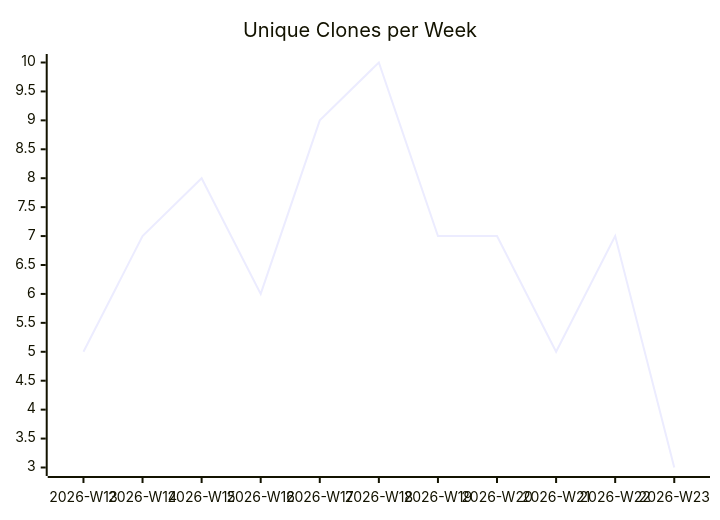
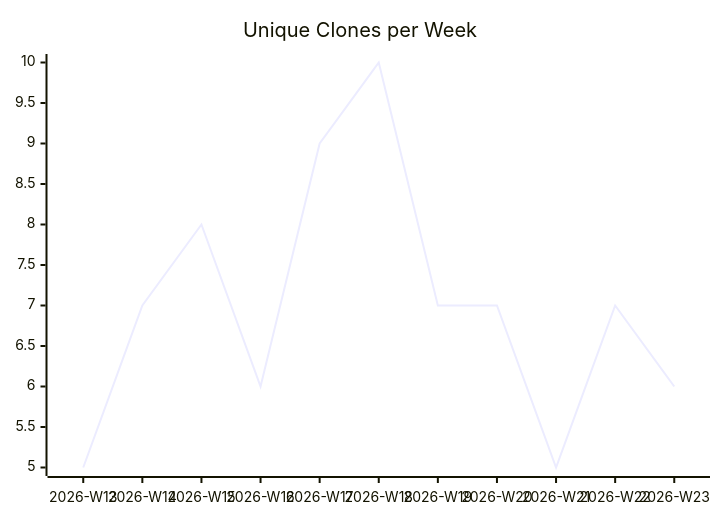
One commit to justdavis-family/github-analytics-data changed the third of 3 diagrams in karlmdavis/ansible-role-jenkins2/README.md. Above: the diagram before and after it, drawn with Mermaid. The commit also changed other lines of this file and 184 other files, not shown here.

````diff
--- a/karlmdavis/ansible-role-jenkins2/README.md
+++ b/karlmdavis/ansible-role-jenkins2/README.md
@@ -19,6 +19,6 @@
 ```mermaid
 xychart-beta
   title "Unique Clones per Week"
   x-axis ["2026-W13", "2026-W14", "2026-W15", "2026-W16", "2026-W17", "2026-W18", "2026-W19", "2026-W20", "2026-W21", "2026-W22", "2026-W23"]
-  line [5, 7, 8, 6, 9, 10, 7, 7, 5, 7, 3]
+  line [5, 7, 8, 6, 9, 10, 7, 7, 5, 7, 6]
 ```
````
